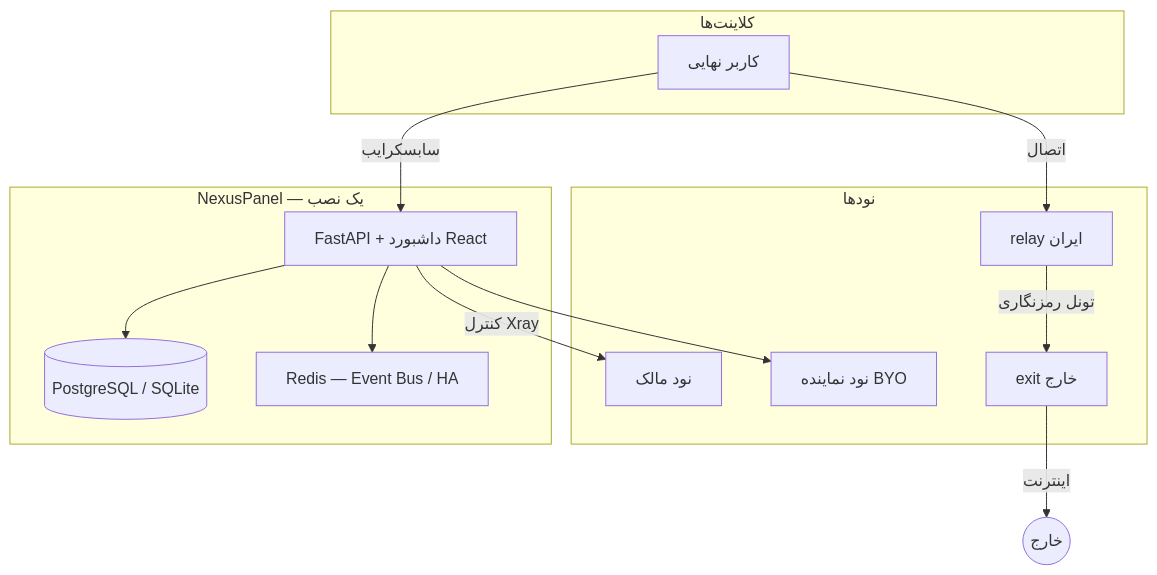
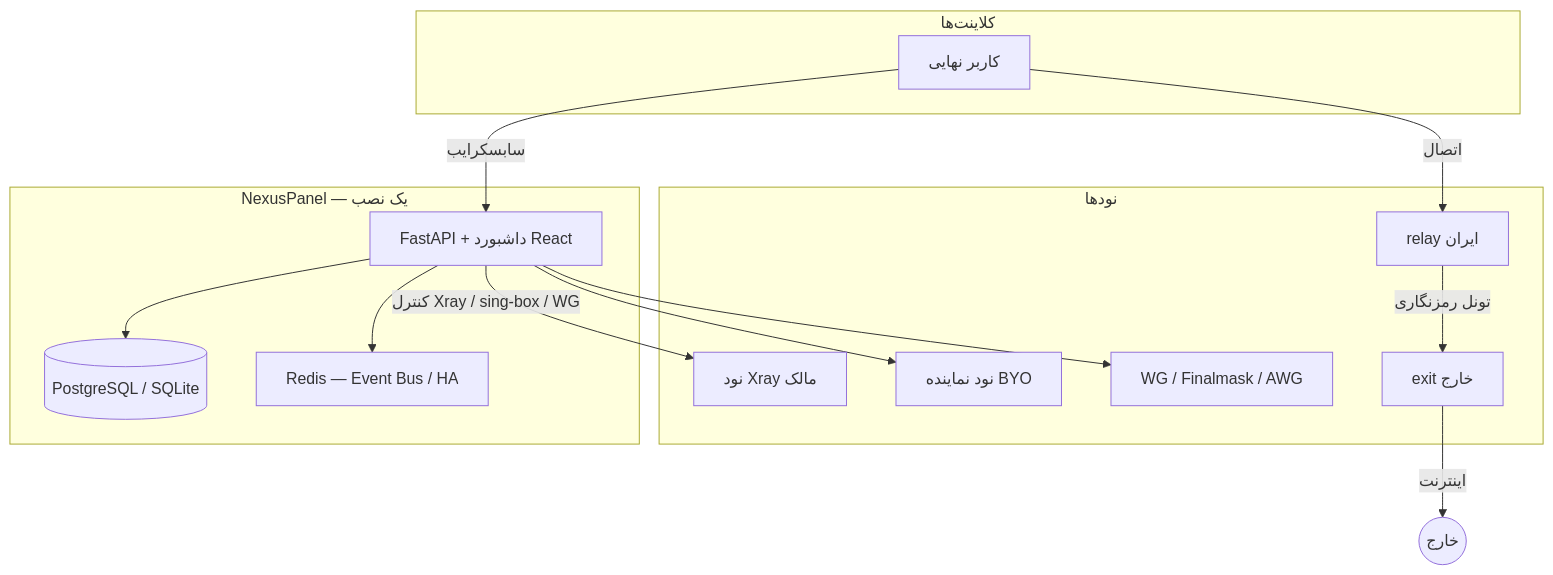
One commit to KhaJehAmiri/Shahkarpanel changed the diagram in README-fa.md. Above: the diagram before and after it, drawn with Mermaid. The commit also changed other lines of this file and 3 other files, not shown here.

````diff
--- a/README-fa.md
+++ b/README-fa.md
@@ -93,28 +91,30 @@
 ```mermaid
 flowchart TB
   subgraph clients [کلاینت‌ها]
     U[کاربر نهایی]
   end
 
   subgraph panel [NexusPanel — یک نصب]
     API[FastAPI + داشبورد React]
     DB[(PostgreSQL / SQLite)]
     R[Redis — Event Bus / HA]
     API --> DB
     API --> R
   end
 
   subgraph nodes [نودها]
-    N1[نود مالک]
+    N1[نود Xray مالک]
     N2[نود نماینده BYO]
     NR[relay ایران]
     NE[exit خارج]
+    WG[WG / Finalmask / AWG]
   end
 
   U -->|سابسکرایب| API
-  API -->|کنترل Xray| N1
+  API -->|کنترل Xray / sing-box / WG| N1
   API --> N2
+  API --> WG
   U -->|اتصال| NR
   NR -->|تونل رمزنگاری| NE
   NE -->|اینترنت| Internet((خارج))
 ```
````
